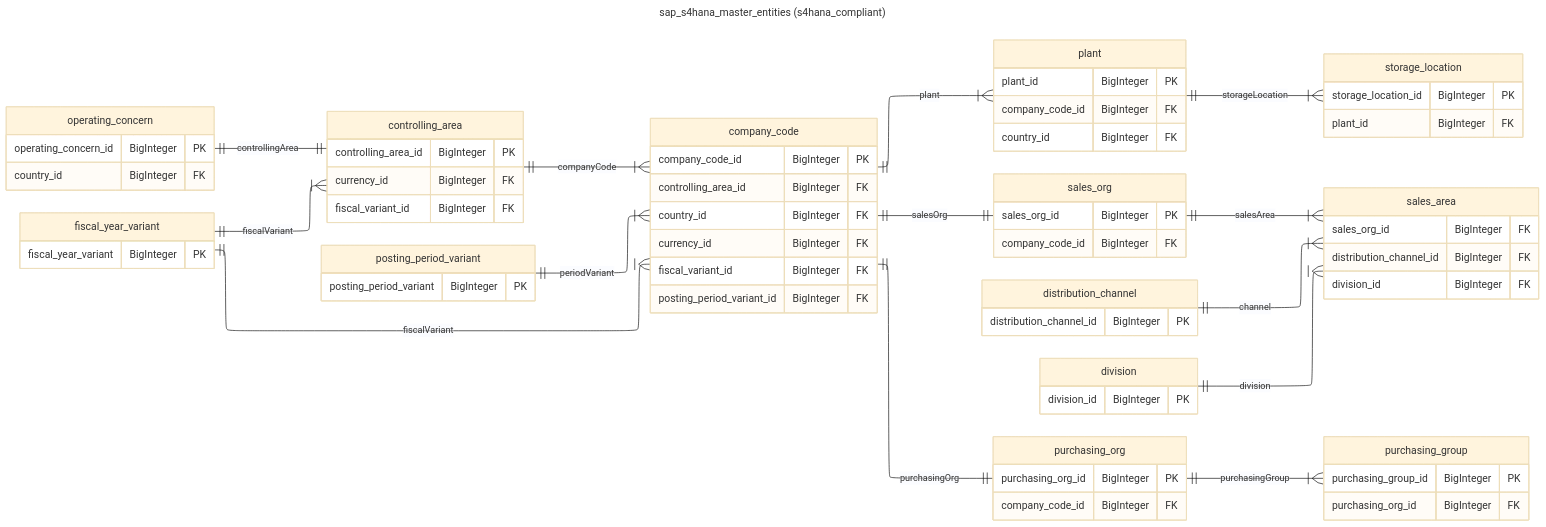
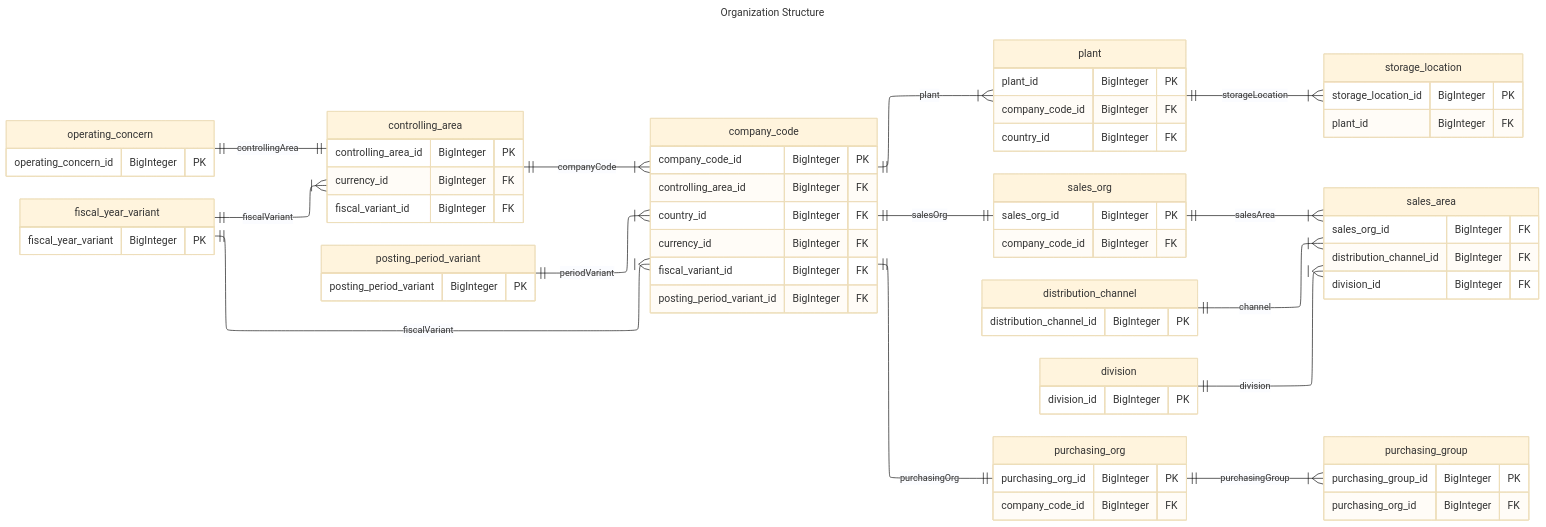
The diagram in split_v2/org_structure.mmd (anhpeter/DDC), drawn with Mermaid (base theme) before and after one commit. The commit also changed 4 other files, not shown here.

```diff
--- a/split_v2/org_structure.mmd
+++ b/split_v2/org_structure.mmd
@@ -1,84 +1,83 @@
 ---
-title: sap_s4hana_master_entities (s4hana_compliant)
+title: Organization Structure
 config:
   layout: elk
 ---
 erDiagram
     direction lr
 
     operating_concern {
         operating_concern_id BigInteger PK
-        country_id BigInteger FK
     }
     controlling_area {
         controlling_area_id BigInteger PK
         currency_id BigInteger FK
         fiscal_variant_id BigInteger FK        
     }
     company_code {
         company_code_id BigInteger PK
         controlling_area_id BigInteger FK
         country_id BigInteger FK
         currency_id BigInteger FK
         fiscal_variant_id BigInteger FK        
         posting_period_variant_id BigInteger FK        
     }
     fiscal_year_variant {
         fiscal_year_variant BigInteger PK
     }
     posting_period_variant {
         posting_period_variant BigInteger PK
     }
     plant {
         plant_id BigInteger PK
         company_code_id BigInteger FK
         country_id BigInteger FK
     }
     storage_location {
         storage_location_id BigInteger PK
         plant_id BigInteger FK
     }
     sales_org {
         sales_org_id BigInteger PK
         company_code_id BigInteger FK
     }
     distribution_channel {
         distribution_channel_id BigInteger PK
     }
     division {
         division_id BigInteger PK
     }
     sales_area {
         sales_org_id BigInteger FK
         distribution_channel_id BigInteger FK
         division_id BigInteger FK
     }
     purchasing_org {
         purchasing_org_id BigInteger PK
         company_code_id BigInteger FK
     }
     purchasing_group {
         purchasing_group_id BigInteger PK
         purchasing_org_id BigInteger FK
     }
 
     %% ORGANIZATIONAL STRUCTURE
     operating_concern ||--|| controlling_area : "controllingArea"
     controlling_area ||--|{ company_code : "companyCode"
     company_code ||--|{ plant : "plant"
     plant ||--|{ storage_location : "storageLocation"
     
     %% SALES ORGANIZATION
     company_code ||--|| sales_org: "salesOrg"
     sales_org ||--|{ sales_area: "salesArea"
     distribution_channel ||--|{ sales_area: "channel"
     division ||--|{ sales_area: "division"
     
     %% PURCHASING ORGANIZATION
     company_code ||--|| purchasing_org: "purchasingOrg"
     purchasing_org ||--|{ purchasing_group: "purchasingGroup"
     
     %% FI CONFIGURATION (Organization related)
     fiscal_year_variant ||--|{ controlling_area : "fiscalVariant"
     fiscal_year_variant ||--|{ company_code : "fiscalVariant"
     posting_period_variant ||--|{ company_code : "periodVariant"
```
